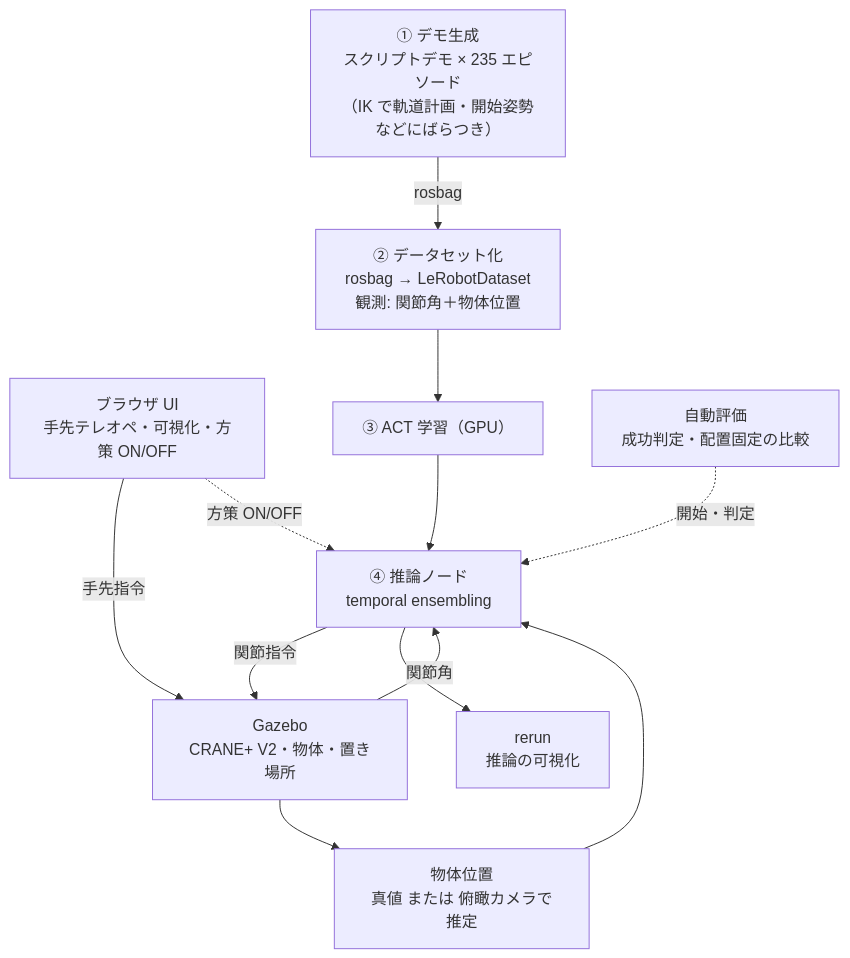
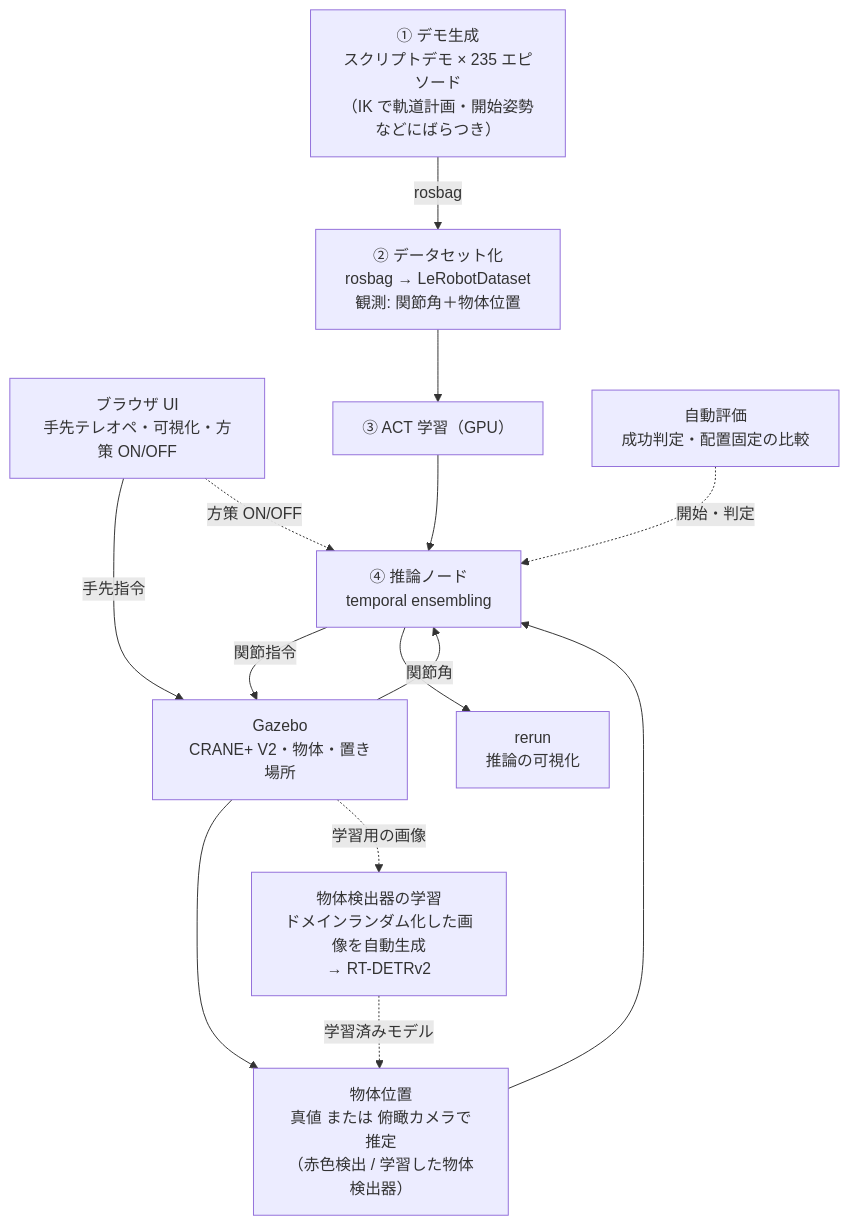
One commit to ryota0051/pai-final-task-pick-place changed the diagram in README.md. Above: the diagram before and after it, drawn with Mermaid. The commit also changed other lines of this file, not shown here.

````diff
--- a/README.md
+++ b/README.md
@@ -34,21 +42,23 @@
 ```mermaid
 flowchart TD
   DEMO["① デモ生成<br>スクリプトデモ × 235 エピソード<br>（IK で軌道計画・開始姿勢などにばらつき）"]
   UI["ブラウザ UI<br>手先テレオペ・可視化・方策 ON/OFF"]
   DATA["② データセット化<br>rosbag → LeRobotDataset<br>観測: 関節角＋物体位置"]
   TRAIN["③ ACT 学習（GPU）"]
   INFER["④ 推論ノード<br>temporal ensembling"]
   SIM["Gazebo<br>CRANE+ V2・物体・置き場所"]
-  OBJ["物体位置<br>真値 または 俯瞰カメラで推定"]
+  OBJ["物体位置<br>真値 または 俯瞰カメラで推定<br>（赤色検出 / 学習した物体検出器）"]
+  DET["物体検出器の学習<br>ドメインランダム化した画像を自動生成<br>→ RT-DETRv2"]
   VIS["rerun<br>推論の可視化"]
   EVAL["自動評価<br>成功判定・配置固定の比較"]
 
   DEMO -- rosbag --> DATA --> TRAIN --> INFER
   INFER -- 関節指令 --> SIM
   SIM -- 関節角 --> INFER
   SIM --> OBJ --> INFER
+  SIM -. 学習用の画像 .-> DET -. 学習済みモデル .-> OBJ
   INFER --> VIS
   UI -- 手先指令 --> SIM
   UI -. 方策 ON/OFF .-> INFER
   EVAL -. 開始・判定 .-> INFER
 ```
````
